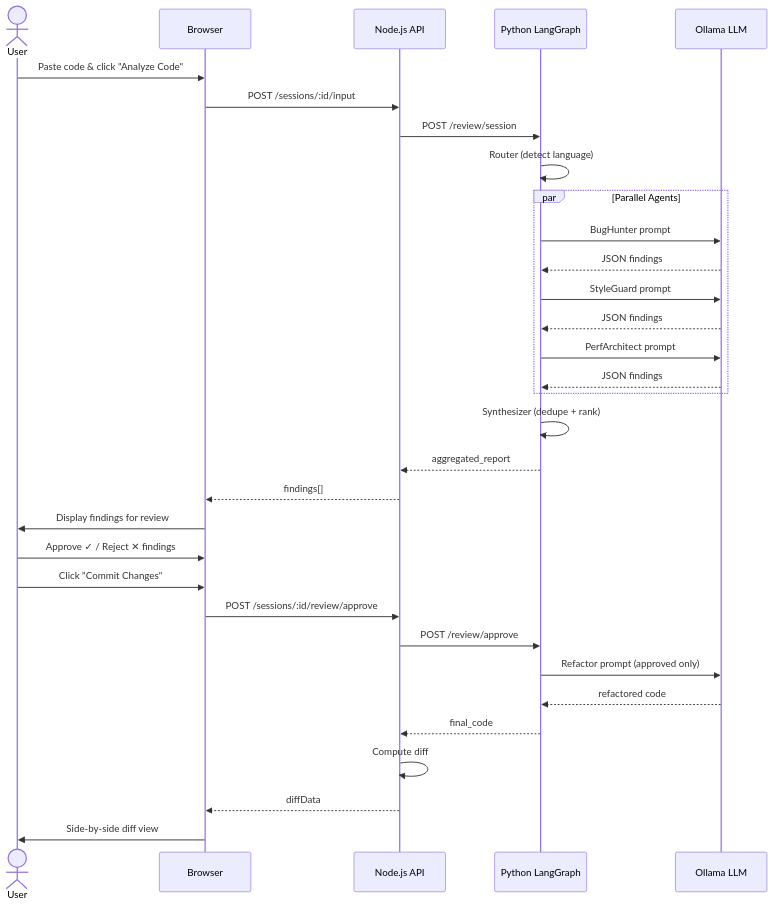
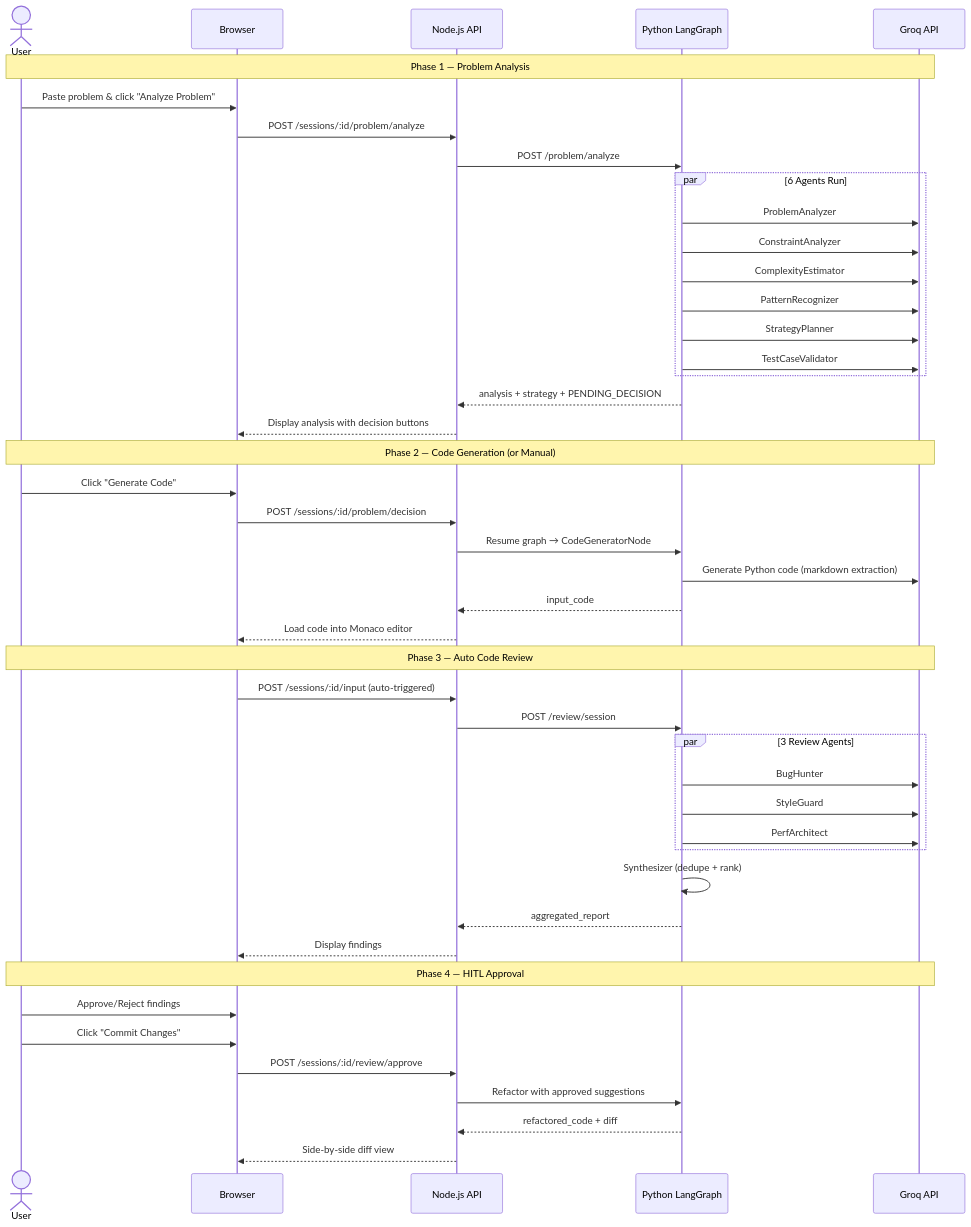
One commit to Viv-19/sentinel-graph-cp-agent- changed the fourth of 4 diagrams in README.md. Above: the diagram before and after it, drawn with Mermaid. The commit also changed other lines of this file and 6 other files, not shown here.

Commit message:
groq api added and llama model in action

````diff
--- a/README.md
+++ b/README.md
@@ -290,40 +296,55 @@
 ```mermaid
 sequenceDiagram
     actor User
     participant UI as Browser
     participant Node as Node.js API
     participant Python as Python LangGraph
-    participant LLM as Ollama LLM
+    participant LLM as Groq API
 
-    User->>UI: Paste code & click "Analyze Code"
-    UI->>Node: POST /sessions/:id/input
+    Note over User,LLM: Phase 1 — Problem Analysis
+    User->>UI: Paste problem & click "Analyze Problem"
+    UI->>Node: POST /sessions/:id/problem/analyze
+    Node->>Python: POST /problem/analyze
+
+    par 6 Agents Run
+        Python->>LLM: ProblemAnalyzer
+        Python->>LLM: ConstraintAnalyzer
+        Python->>LLM: ComplexityEstimator
+        Python->>LLM: PatternRecognizer
+        Python->>LLM: StrategyPlanner
+        Python->>LLM: TestCaseValidator
+    end
+
+    Python-->>Node: analysis + strategy + PENDING_DECISION
+    Node-->>UI: Display analysis with decision buttons
+
+    Note over User,LLM: Phase 2 — Code Generation (or Manual)
+    User->>UI: Click "Generate Code"
+    UI->>Node: POST /sessions/:id/problem/decision
+    Node->>Python: Resume graph → CodeGeneratorNode
+    Python->>LLM: Generate Python code (markdown extraction)
+    Python-->>Node: input_code
+    Node-->>UI: Load code into Monaco editor
+
+    Note over User,LLM: Phase 3 — Auto Code Review
+    UI->>Node: POST /sessions/:id/input (auto-triggered)
     Node->>Python: POST /review/session
-    
-    Python->>Python: Router (detect language)
-    
-    par Parallel Agents
-        Python->>LLM: BugHunter prompt
-        LLM-->>Python: JSON findings
-        Python->>LLM: StyleGuard prompt
-        LLM-->>Python: JSON findings
-        Python->>LLM: PerfArchitect prompt
-        LLM-->>Python: JSON findings
+
+    par 3 Review Agents
+        Python->>LLM: BugHunter
+        Python->>LLM: StyleGuard
+        Python->>LLM: PerfArchitect
     end
 
     Python->>Python: Synthesizer (dedupe + rank)
     Python-->>Node: aggregated_report
-    Node-->>UI: findings[]
-    
-    UI->>User: Display findings for review
-    User->>UI: Approve ✓ / Reject ✕ findings
+    Node-->>UI: Display findings
+
+    Note over User,LLM: Phase 4 — HITL Approval
+    User->>UI: Approve/Reject findings
     User->>UI: Click "Commit Changes"
-    
     UI->>Node: POST /sessions/:id/review/approve
-    Node->>Python: POST /review/approve
-    Python->>LLM: Refactor prompt (approved only)
-    LLM-->>Python: refactored code
-    Python-->>Node: final_code
-    Node->>Node: Compute diff
-    Node-->>UI: diffData
-    UI->>User: Side-by-side diff view
+    Node->>Python: Refactor with approved suggestions
+    Python-->>Node: refactored_code + diff
+    Node-->>UI: Side-by-side diff view
 ```
````
